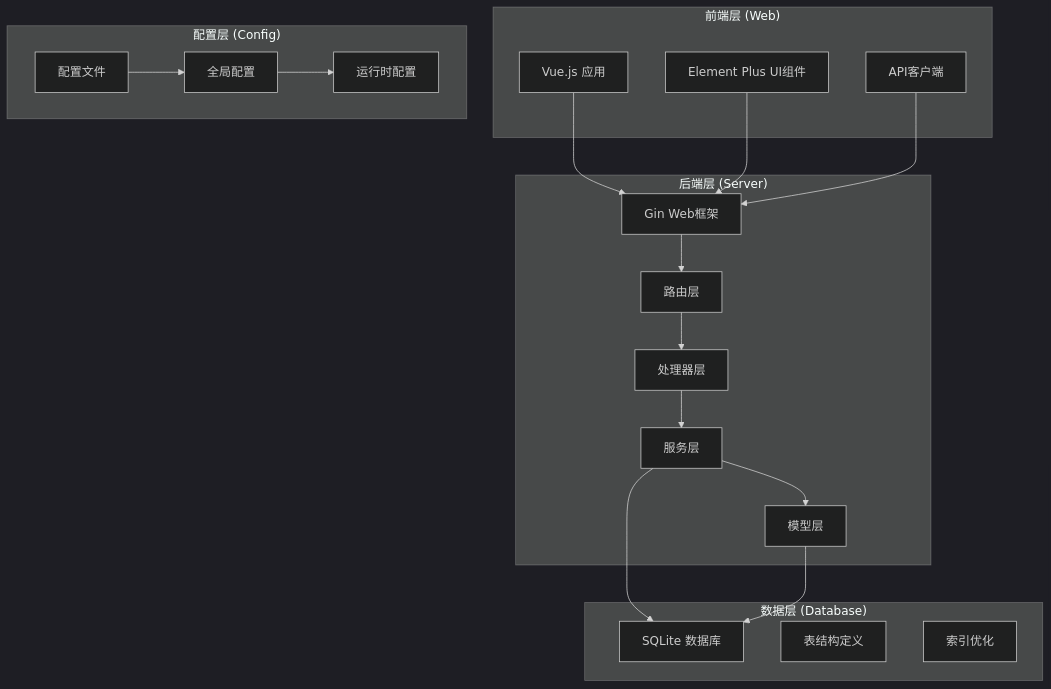
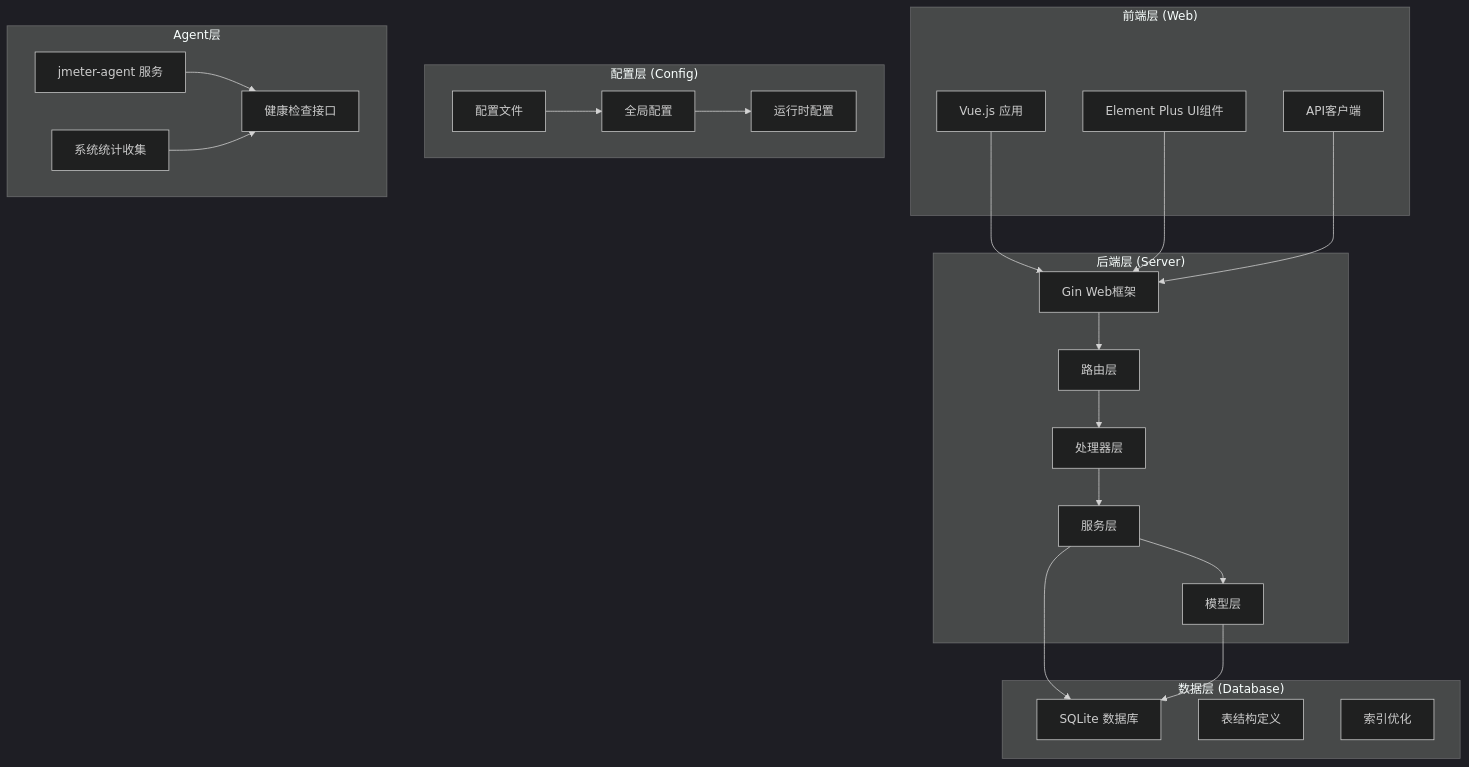
One commit to Liyuhao02/Jmeter-Admin changed the first of 15 diagrams in .qoder/repowiki/zh/content/核心业务模块/Slave节点管理系统/Slave节点管理系统.md. Above: the diagram before and after it, drawn with Mermaid (dark theme). The commit also changed other lines of this file and 13 other files, not shown here.

````diff
--- a/.qoder/repowiki/zh/content/核心业务模块/Slave节点管理系统/Slave节点管理系统.md
+++ b/.qoder/repowiki/zh/content/核心业务模块/Slave节点管理系统/Slave节点管理系统.md
@@ -40,36 +53,43 @@
 ```mermaid
 graph TB
 subgraph "前端层 (Web)"
 A[Vue.js 应用]
 B[Element Plus UI组件]
 C[API客户端]
 end
 subgraph "后端层 (Server)"
 D[Gin Web框架]
 E[路由层]
 F[处理器层]
 G[服务层]
 H[模型层]
 end
 subgraph "数据层 (Database)"
 I[SQLite 数据库]
 J[表结构定义]
 K[索引优化]
 end
 subgraph "配置层 (Config)"
 L[配置文件]
 M[全局配置]
 N[运行时配置]
 end
+subgraph "Agent层"
+O[jmeter-agent 服务]
+P[系统统计收集]
+Q[健康检查接口]
+end
 A --> D
 B --> D
 C --> D
 D --> E
 E --> F
 F --> G
 G --> H
 G --> I
 H --> I
 L --> M
 M --> N
+O --> Q
+P --> Q
 ```
````
